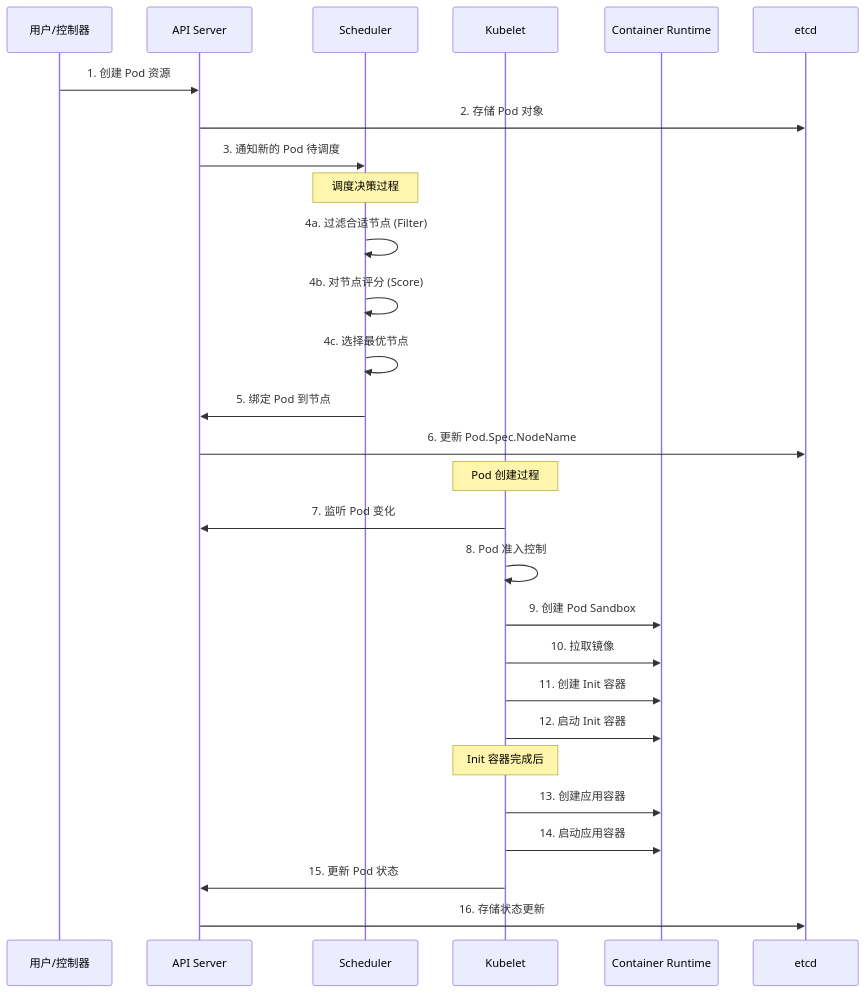
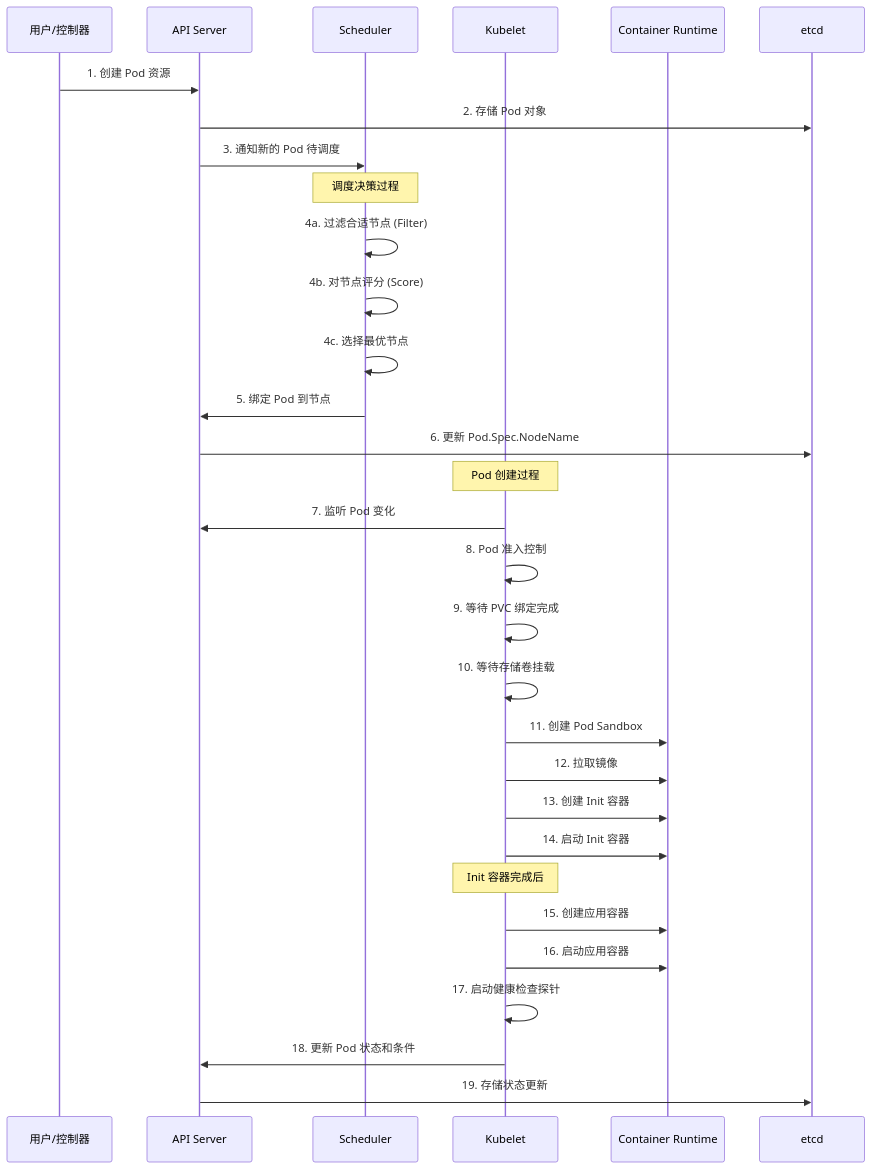
Before and after one commit to victor1589007281/kubernetes: the third of 9 diagrams in vdocs/pod.md, drawn with Mermaid. The commit also changed other lines of this file and 15 other files, not shown here.

````diff
--- a/vdocs/pod.md
+++ b/vdocs/pod.md
@@ -323,35 +323,38 @@
 ```mermaid
 sequenceDiagram
     participant USER as 用户/控制器
     participant API as API Server
     participant SCHED as Scheduler
     participant KUBELET as Kubelet
     participant CRI as Container Runtime
     participant ETCD as etcd
     
     USER->>API: 1. 创建 Pod 资源
     API->>ETCD: 2. 存储 Pod 对象
     API->>SCHED: 3. 通知新的 Pod 待调度
     
     Note over SCHED: 调度决策过程
     SCHED->>SCHED: 4a. 过滤合适节点 (Filter)
     SCHED->>SCHED: 4b. 对节点评分 (Score)
     SCHED->>SCHED: 4c. 选择最优节点
     
     SCHED->>API: 5. 绑定 Pod 到节点
     API->>ETCD: 6. 更新 Pod.Spec.NodeName
     
     Note over KUBELET: Pod 创建过程
     KUBELET->>API: 7. 监听 Pod 变化
     KUBELET->>KUBELET: 8. Pod 准入控制
-    KUBELET->>CRI: 9. 创建 Pod Sandbox
-    KUBELET->>CRI: 10. 拉取镜像
-    KUBELET->>CRI: 11. 创建 Init 容器
-    KUBELET->>CRI: 12. 启动 Init 容器
+    KUBELET->>KUBELET: 9. 等待 PVC 绑定完成
+    KUBELET->>KUBELET: 10. 等待存储卷挂载
+    KUBELET->>CRI: 11. 创建 Pod Sandbox
+    KUBELET->>CRI: 12. 拉取镜像
+    KUBELET->>CRI: 13. 创建 Init 容器
+    KUBELET->>CRI: 14. 启动 Init 容器
     
     Note over KUBELET: Init 容器完成后
-    KUBELET->>CRI: 13. 创建应用容器
-    KUBELET->>CRI: 14. 启动应用容器
-    KUBELET->>API: 15. 更新 Pod 状态
-    API->>ETCD: 16. 存储状态更新
+    KUBELET->>CRI: 15. 创建应用容器
+    KUBELET->>CRI: 16. 启动应用容器
+    KUBELET->>KUBELET: 17. 启动健康检查探针
+    KUBELET->>API: 18. 更新 Pod 状态和条件
+    API->>ETCD: 19. 存储状态更新
 ```
````
